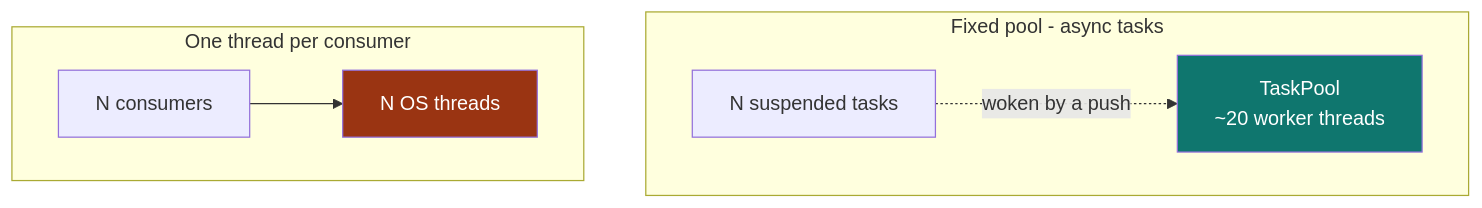
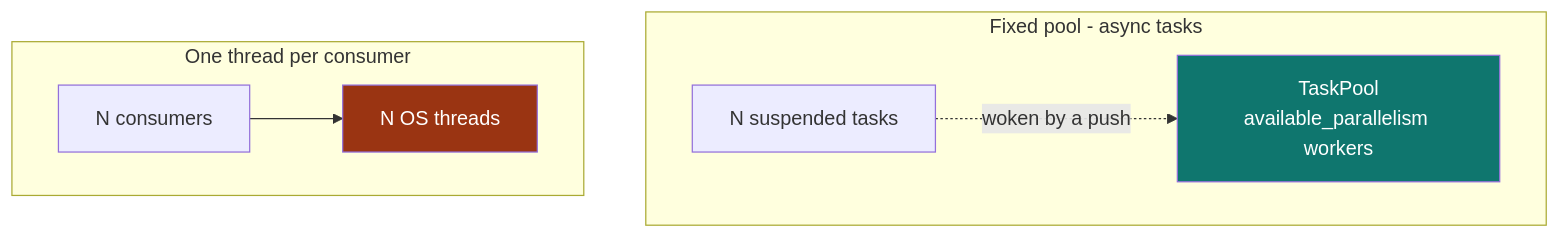
One commit to Variably-Constant/SubEtha changed the diagram in wiki/content/docs/how-to/async-paths.md. Above: the diagram before and after it, drawn with Mermaid. The commit also changed other lines of this file and 1 other file, not shown here.

````diff
--- a/wiki/content/docs/how-to/async-paths.md
+++ b/wiki/content/docs/how-to/async-paths.md
@@ -67,17 +67,17 @@
 ```mermaid
 flowchart TB
   subgraph FP["Fixed pool - async tasks"]
     T["N suspended tasks"]
-    POOL["TaskPool<br/>~20 worker threads"]
+    POOL["TaskPool<br/>available_parallelism workers"]
     T -. woken by a push .-> POOL
   end
   subgraph TPC["One thread per consumer"]
     C["N consumers"]
     TH["N OS threads"]
     C --> TH
   end
   classDef good fill:#0f766e,color:#fff
   classDef heavy fill:#9a3412,color:#fff
   class POOL good
   class TH heavy
 ```
````
